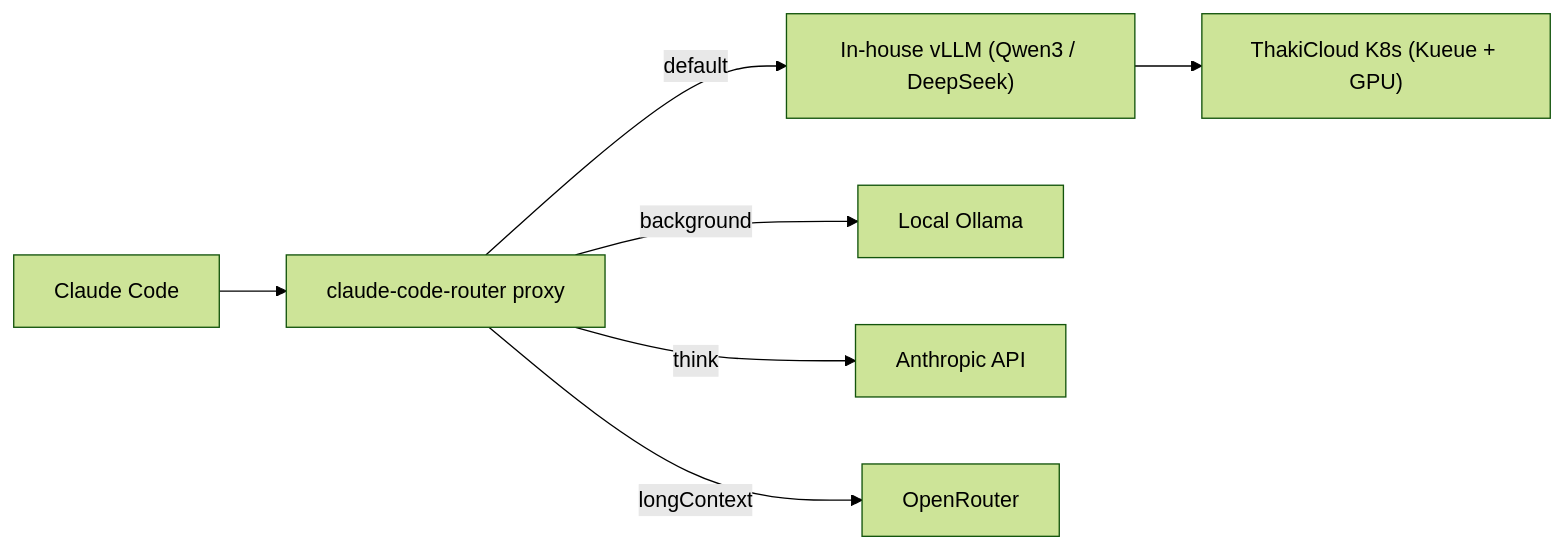
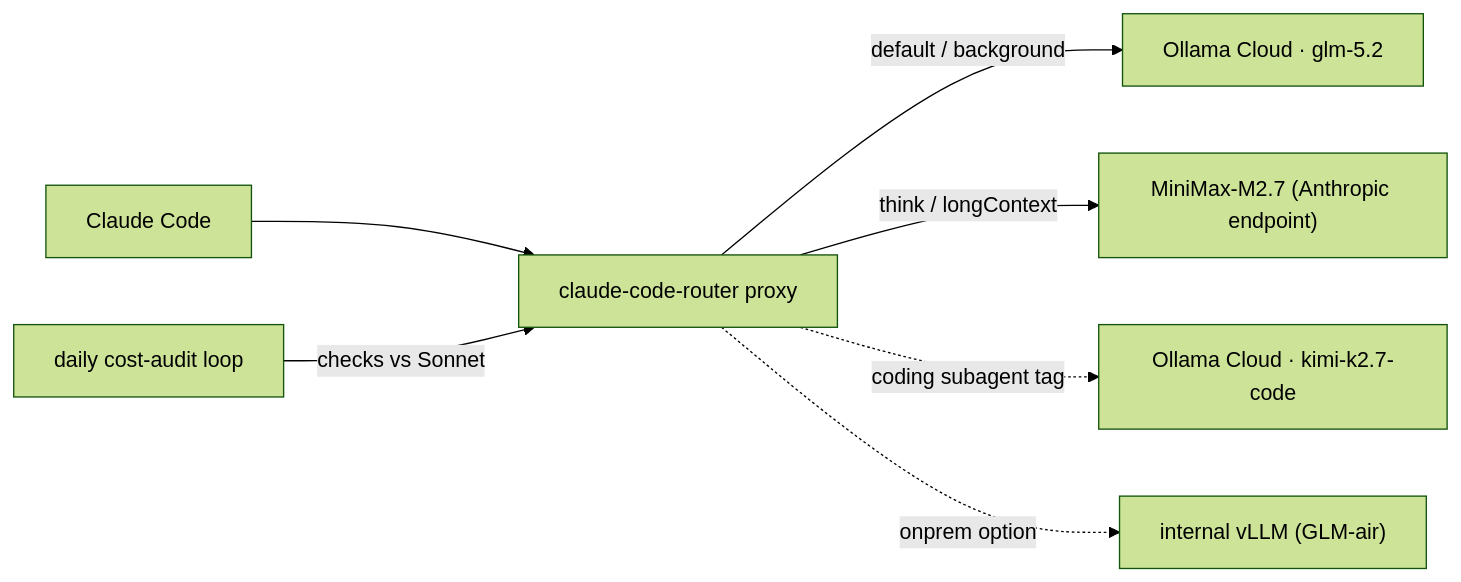
Before and after one commit to ThakiCloud/thakicloud.github.io: the diagram in _posts/en/llmops/2026-06-24-claude-code-router-onprem-routing.md, drawn with Mermaid (forest theme). The commit also changed other lines of this file and 2 other files, not shown here.

First line of the commit message:
docs(llmops): rewrite CCR routing post with verified 3-model setup + cost loop

````diff
--- a/_posts/en/llmops/2026-06-24-claude-code-router-onprem-routing.md
+++ b/_posts/en/llmops/2026-06-24-claude-code-router-onprem-routing.md
@@ -27,9 +26,9 @@
 ```mermaid
 flowchart LR
     CC["Claude Code"] --> CCR["claude-code-router proxy"]
-    CCR -->|default| VLLM["In-house vLLM (Qwen3 / DeepSeek)"]
-    CCR -->|background| OLLAMA["Local Ollama"]
-    CCR -->|think| ANTH["Anthropic API"]
-    CCR -->|longContext| OR["OpenRouter"]
-    VLLM --> K8S["ThakiCloud K8s (Kueue + GPU)"]
+    CCR -->|default / background| GLM["Ollama Cloud · glm-5.2"]
+    CCR -->|think / longContext| MM["MiniMax-M2.7 (Anthropic endpoint)"]
+    CCR -.->|coding subagent tag| KIMI["Ollama Cloud · kimi-k2.7-code"]
+    CCR -.->|onprem option| VLLM["internal vLLM (GLM-air)"]
+    AUDIT["daily cost-audit loop"] -->|checks vs Sonnet| CCR
 ```
````
